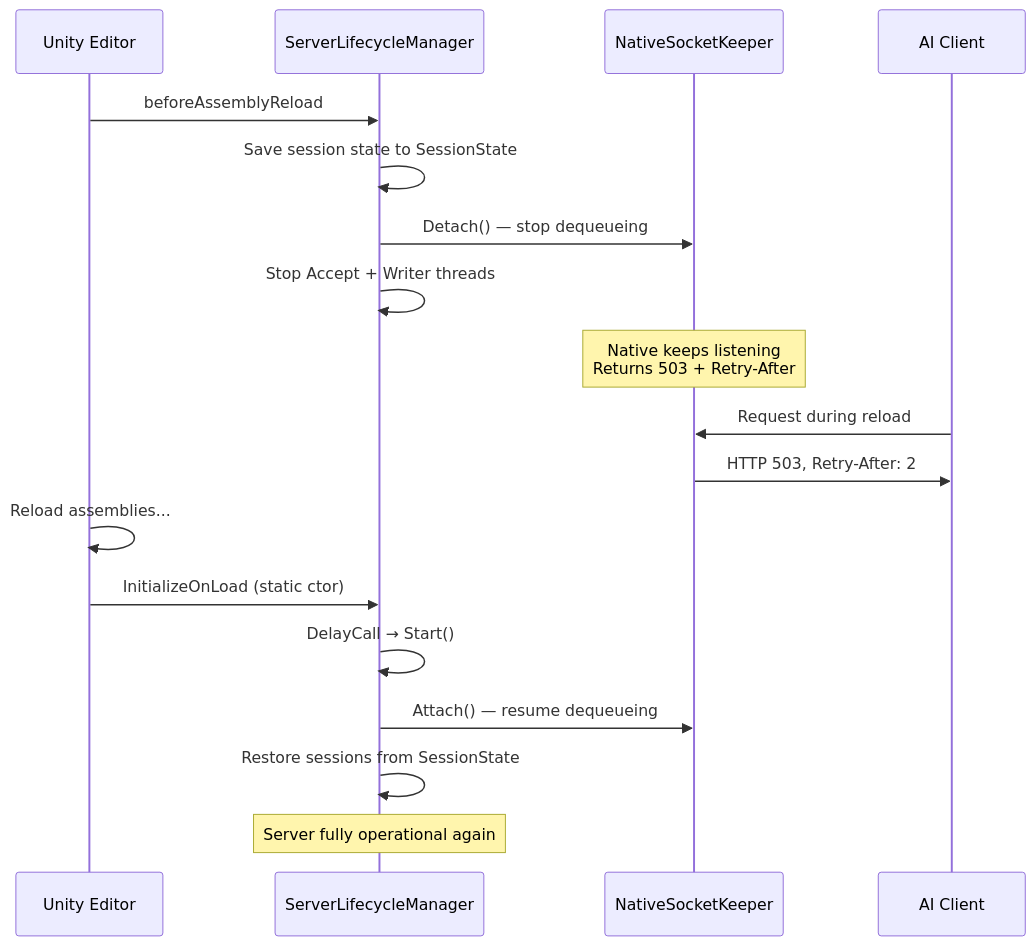
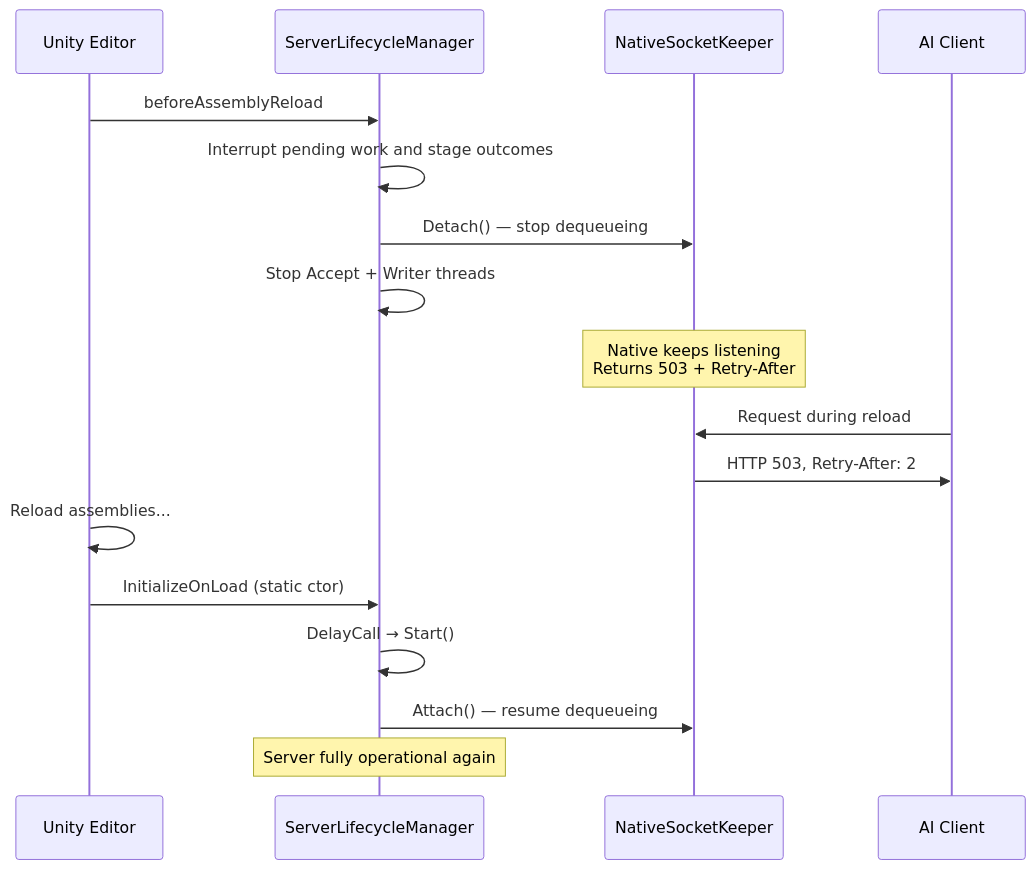
Before and after one commit to i1rr/unity-MCP: the sixth of 7 diagrams in Documentation~/Architecture.md, drawn with Mermaid. The commit also changed other lines of this file and 32 other files, not shown here.

````diff
--- a/Documentation~/Architecture.md
+++ b/Documentation~/Architecture.md
@@ -203,23 +203,22 @@
 ```mermaid
 sequenceDiagram
     participant Unity as Unity Editor
     participant SLM as ServerLifecycleManager
     participant NSK as NativeSocketKeeper
     participant Client as AI Client
 
     Unity->>SLM: beforeAssemblyReload
-    SLM->>SLM: Save session state to SessionState
+    SLM->>SLM: Interrupt pending work and stage outcomes
     SLM->>NSK: Detach() — stop dequeueing
     SLM->>SLM: Stop Accept + Writer threads
     Note over NSK: Native keeps listening<br/>Returns 503 + Retry-After
 
     Client->>NSK: Request during reload
     NSK->>Client: HTTP 503, Retry-After: 2
 
     Unity->>Unity: Reload assemblies...
     Unity->>SLM: InitializeOnLoad (static ctor)
     SLM->>SLM: DelayCall → Start()
     SLM->>NSK: Attach() — resume dequeueing
-    SLM->>SLM: Restore sessions from SessionState
     Note over SLM: Server fully operational again
 ```
````
